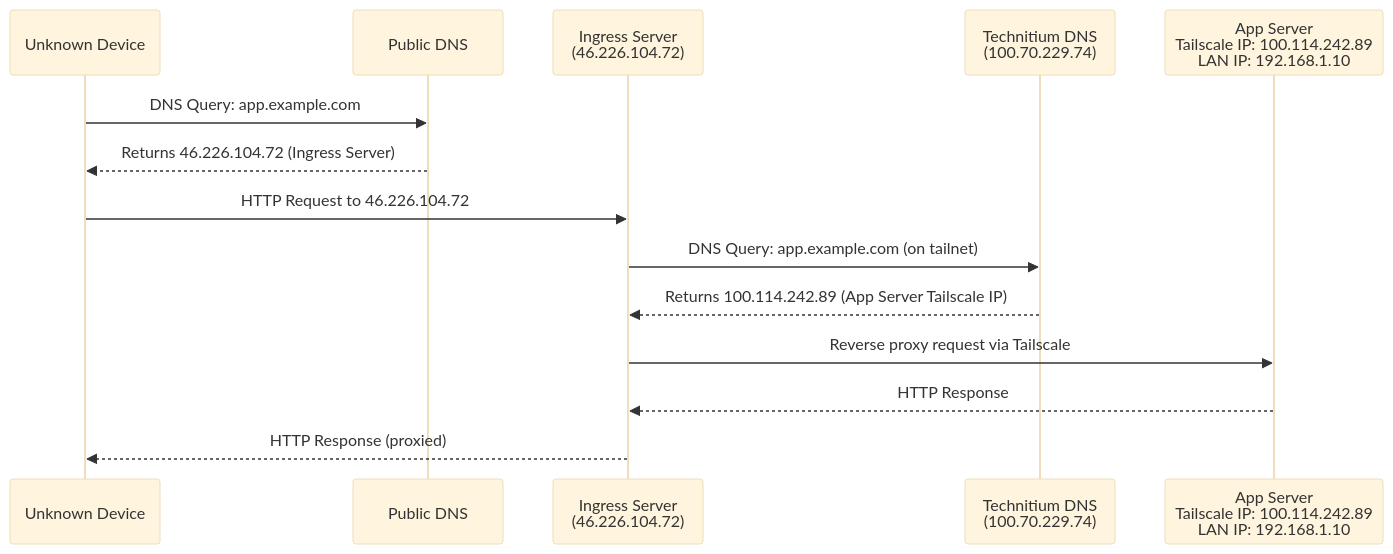
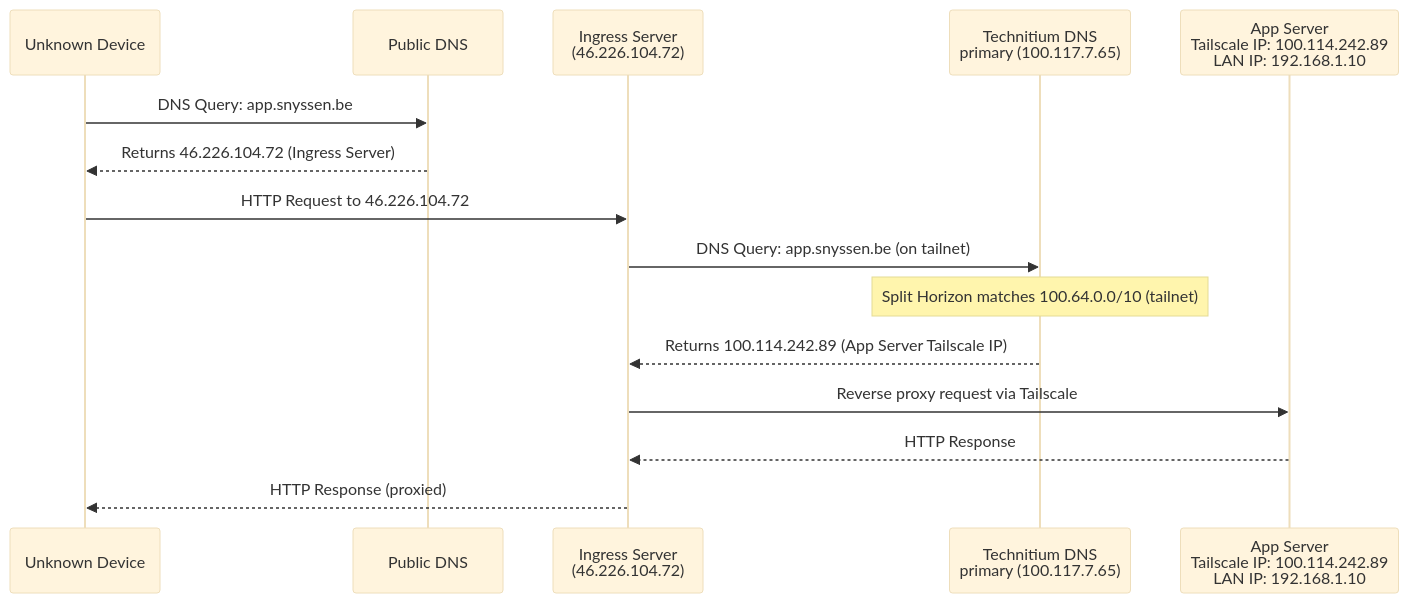
Before and after one commit to snyssen/mother-of-all-infra: the second of 5 diagrams in docs/nix/network.md, drawn with Mermaid (base theme). The commit also changed other lines of this file and 1 other file, not shown here.

````diff
--- a/docs/nix/network.md
+++ b/docs/nix/network.md
@@ -13,18 +109,19 @@
 ```mermaid
 sequenceDiagram
     participant Unknown as Unknown Device
     participant PublicDNS as Public DNS
     participant Ingress as Ingress Server<br/>(46.226.104.72)
-    participant TechDNS as Technitium DNS<br/>(100.70.229.74)
+    participant TechDNS as Technitium DNS<br/>primary (100.117.7.65)
     participant AppServer as App Server<br/>Tailscale IP: 100.114.242.89<br/>LAN IP: 192.168.1.10
 
-    Unknown->>PublicDNS: DNS Query: app.example.com
+    Unknown->>PublicDNS: DNS Query: app.snyssen.be
     PublicDNS-->>Unknown: Returns 46.226.104.72 (Ingress Server)
 
     Unknown->>Ingress: HTTP Request to 46.226.104.72
-    Ingress->>TechDNS: DNS Query: app.example.com (on tailnet)
+    Ingress->>TechDNS: DNS Query: app.snyssen.be (on tailnet)
+    Note over TechDNS: Split Horizon matches 100.64.0.0/10 (tailnet)
     TechDNS-->>Ingress: Returns 100.114.242.89 (App Server Tailscale IP)
     Ingress->>AppServer: Reverse proxy request via Tailscale
     AppServer-->>Ingress: HTTP Response
     Ingress-->>Unknown: HTTP Response (proxied)
 ```
````
